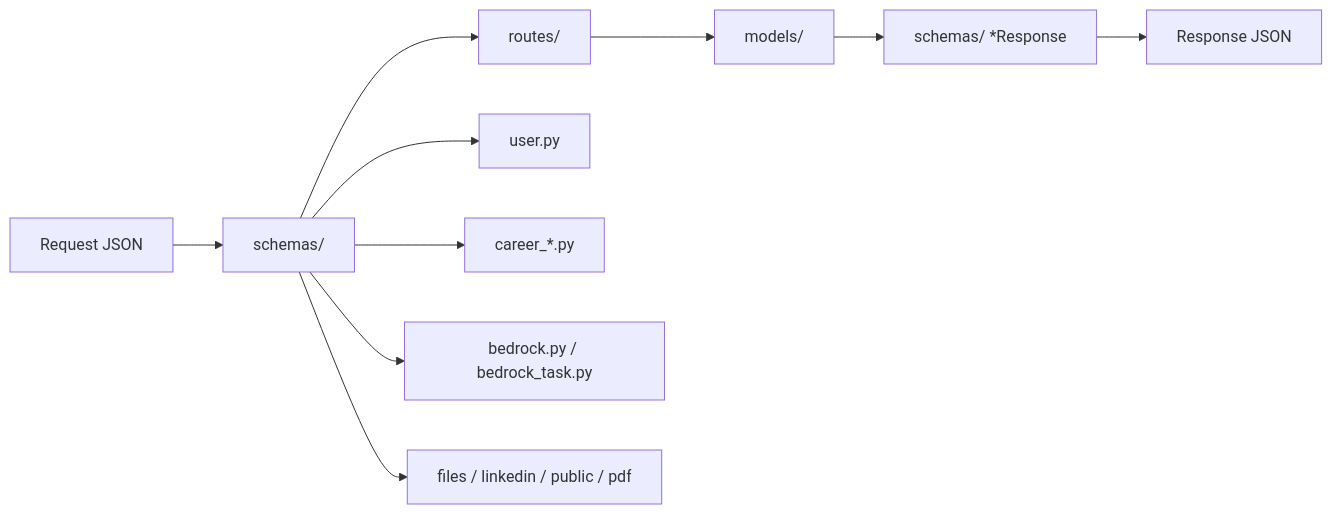
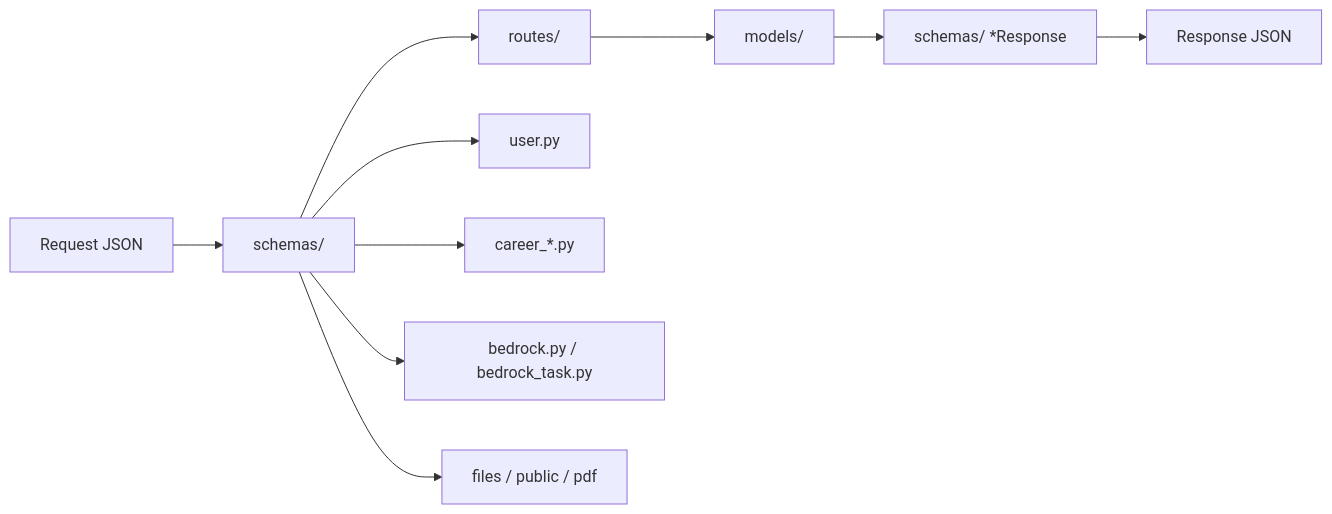
One commit to cjhirashi/cjhirashi-career changed the diagram in cjhirashi-career-api/src/schemas/README.md. Above: the diagram before and after it, drawn with Mermaid. The commit also changed other lines of this file and 59 other files, not shown here.

````diff
--- a/cjhirashi-career-api/src/schemas/README.md
+++ b/cjhirashi-career-api/src/schemas/README.md
@@ -9,12 +9,12 @@
 ```mermaid
 flowchart LR
     HTTP[Request JSON] --> Schema[schemas/]
     Schema --> Route[routes/]
     Route --> ORM[models/]
     ORM --> RespSchema[schemas/ *Response]
     RespSchema --> JSON[Response JSON]
     Schema --> Auth[user.py]
     Schema --> Career[career_*.py]
     Schema --> Agent[bedrock.py / bedrock_task.py]
-    Schema --> Other[files / linkedin / public / pdf]
+    Schema --> Other[files / public / pdf]
 ```
````
